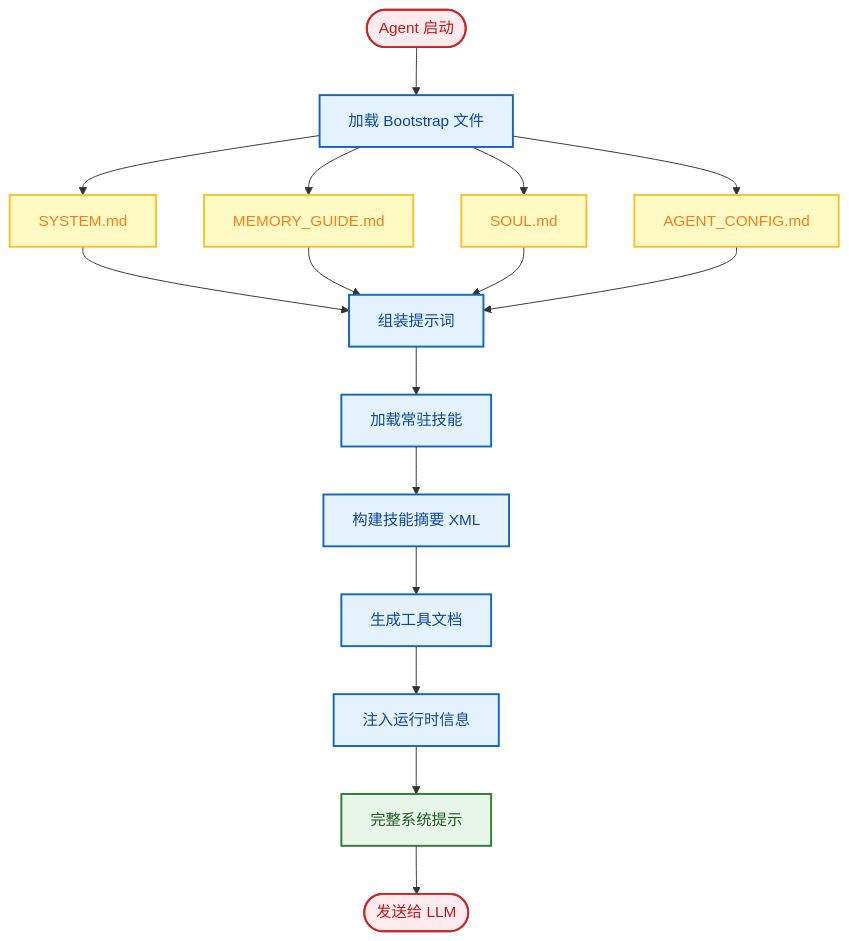
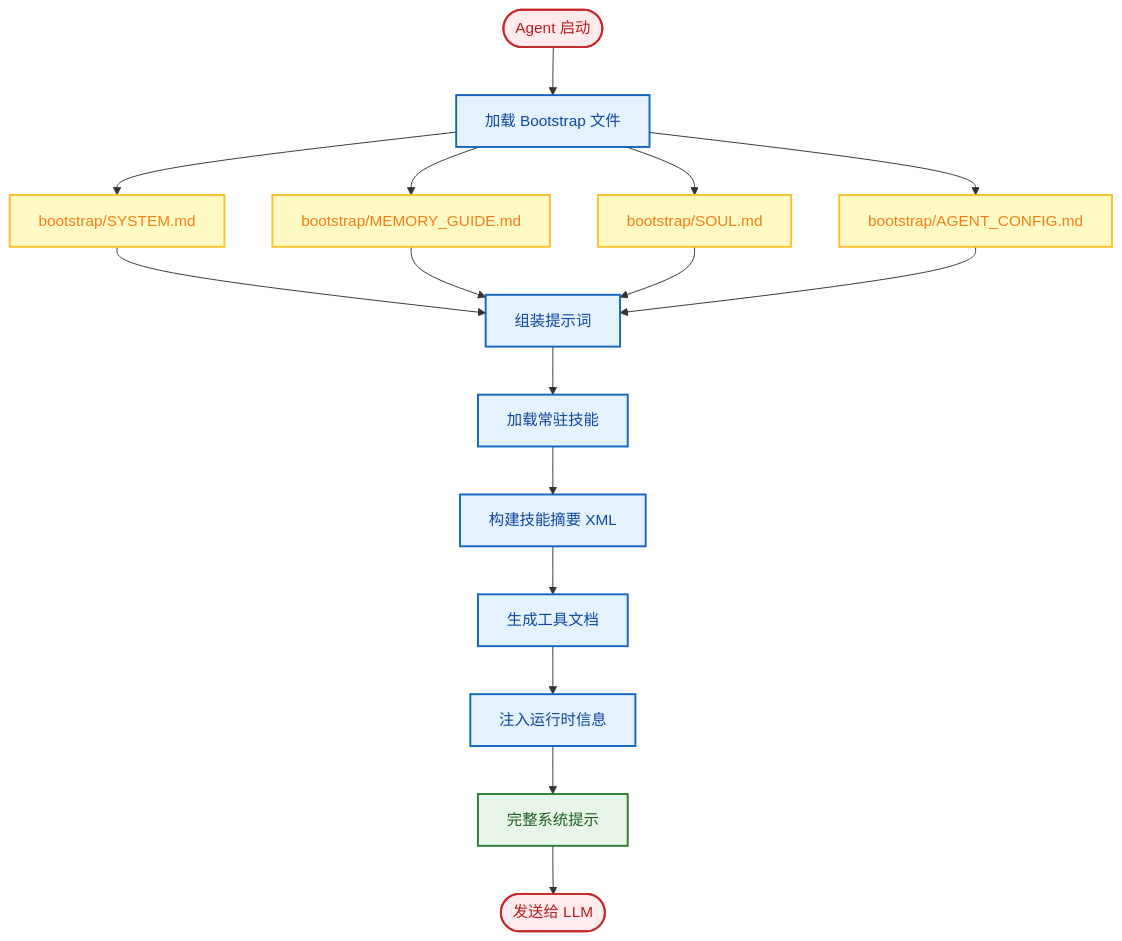
Before and after one commit to xt765/FinchBot: the seventh of 9 diagrams in docs/zh-CN/architecture.md, drawn with Mermaid. The commit also changed other lines of this file and 15 other files, not shown here.

````diff
--- a/docs/zh-CN/architecture.md
+++ b/docs/zh-CN/architecture.md
@@ -587,27 +607,27 @@
 ```mermaid
 flowchart TD
     classDef startEnd fill:#ffebee,stroke:#c62828,stroke-width:2px,color:#b71c1c;
     classDef process fill:#e3f2fd,stroke:#1565c0,stroke-width:2px,color:#0d47a1;
     classDef file fill:#fff9c4,stroke:#fbc02d,stroke-width:2px,color:#f57f17;
     classDef output fill:#e8f5e9,stroke:#2e7d32,stroke-width:2px,color:#1b5e20;
 
     A([Agent 启动]):::startEnd --> B[加载 Bootstrap 文件]:::process
     
-    B --> C[SYSTEM.md]:::file
-    B --> D[MEMORY_GUIDE.md]:::file
-    B --> E[SOUL.md]:::file
-    B --> F[AGENT_CONFIG.md]:::file
+    B --> C[bootstrap/SYSTEM.md]:::file
+    B --> D[bootstrap/MEMORY_GUIDE.md]:::file
+    B --> E[bootstrap/SOUL.md]:::file
+    B --> F[bootstrap/AGENT_CONFIG.md]:::file
 
     C --> G[组装提示词]:::process
     D --> G
     E --> G
     F --> G
 
     G --> H[加载常驻技能]:::process
     H --> I[构建技能摘要 XML]:::process
     I --> J[生成工具文档]:::process
     J --> K[注入运行时信息]:::process
     K --> L[完整系统提示]:::output
 
     L --> M([发送给 LLM]):::startEnd
 ```
````
